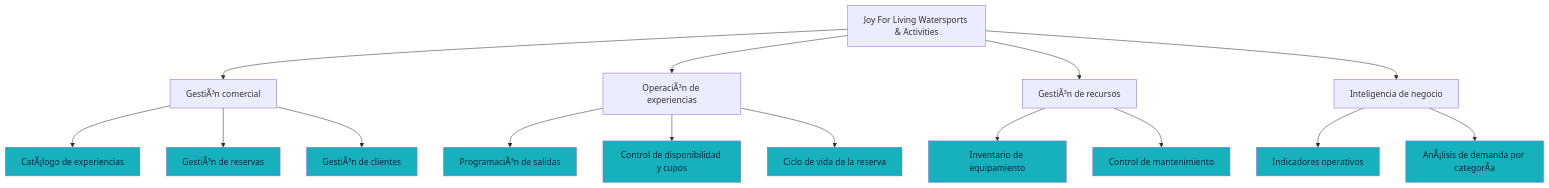
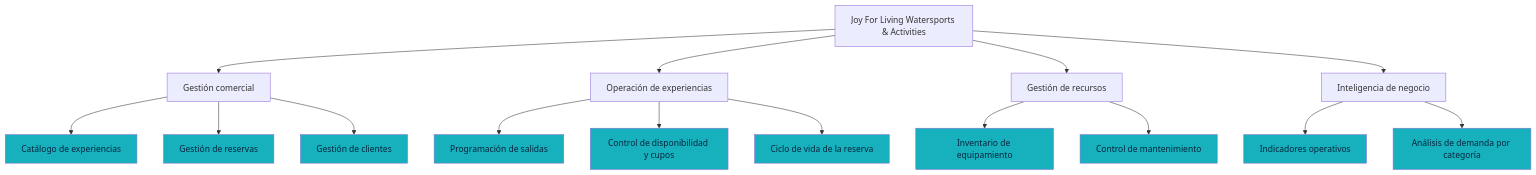
One commit to stamperbenjamin7-web/joy-for-living-app changed the diagram in README.md. Above: the diagram before and after it, drawn with Mermaid. The commit also changed other lines of this file, not shown here.

````diff
--- a/README.md
+++ b/README.md
@@ -41,34 +39,33 @@
 ```mermaid
 graph TD
     A[Joy For Living Watersports & Activities]
-
-    A --> B[GestiÃ³n comercial]
-    A --> C[OperaciÃ³n de experiencias]
-    A --> D[GestiÃ³n de recursos]
+    A --> B[Gestión comercial]
+    A --> C[Operación de experiencias]
+    A --> D[Gestión de recursos]
     A --> E[Inteligencia de negocio]
 
-    B --> B1[CatÃ¡logo de experiencias]
-    B --> B2[GestiÃ³n de reservas]
-    B --> B3[GestiÃ³n de clientes]
+    B --> B1[Catálogo de experiencias]
+    B --> B2[Gestión de reservas]
+    B --> B3[Gestión de clientes]
 
-    C --> C1[ProgramaciÃ³n de salidas]
+    C --> C1[Programación de salidas]
     C --> C2[Control de disponibilidad y cupos]
     C --> C3[Ciclo de vida de la reserva]
 
     D --> D1[Inventario de equipamiento]
     D --> D2[Control de mantenimiento]
 
     E --> E1[Indicadores operativos]
-    E --> E2[AnÃ¡lisis de demanda por categorÃ­a]
+    E --> E2[Análisis de demanda por categoría]
 
     style B1 fill:#17b0bd,color:#06263f
     style B2 fill:#17b0bd,color:#06263f
     style B3 fill:#17b0bd,color:#06263f
     style C1 fill:#17b0bd,color:#06263f
     style C2 fill:#17b0bd,color:#06263f
     style C3 fill:#17b0bd,color:#06263f
     style D1 fill:#17b0bd,color:#06263f
     style D2 fill:#17b0bd,color:#06263f
     style E1 fill:#17b0bd,color:#06263f
     style E2 fill:#17b0bd,color:#06263f
 ```
````
